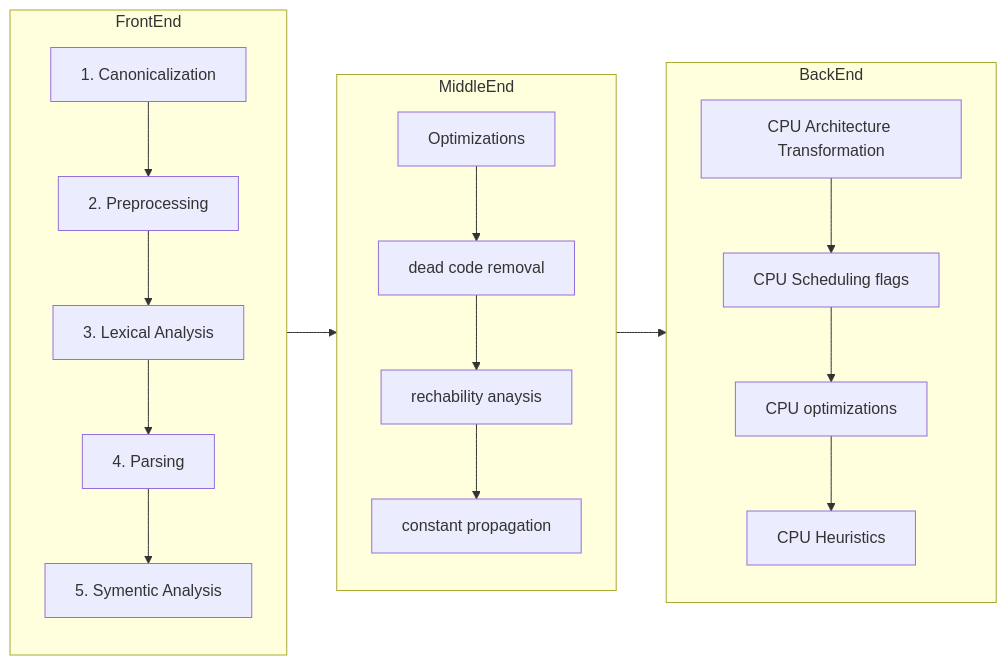
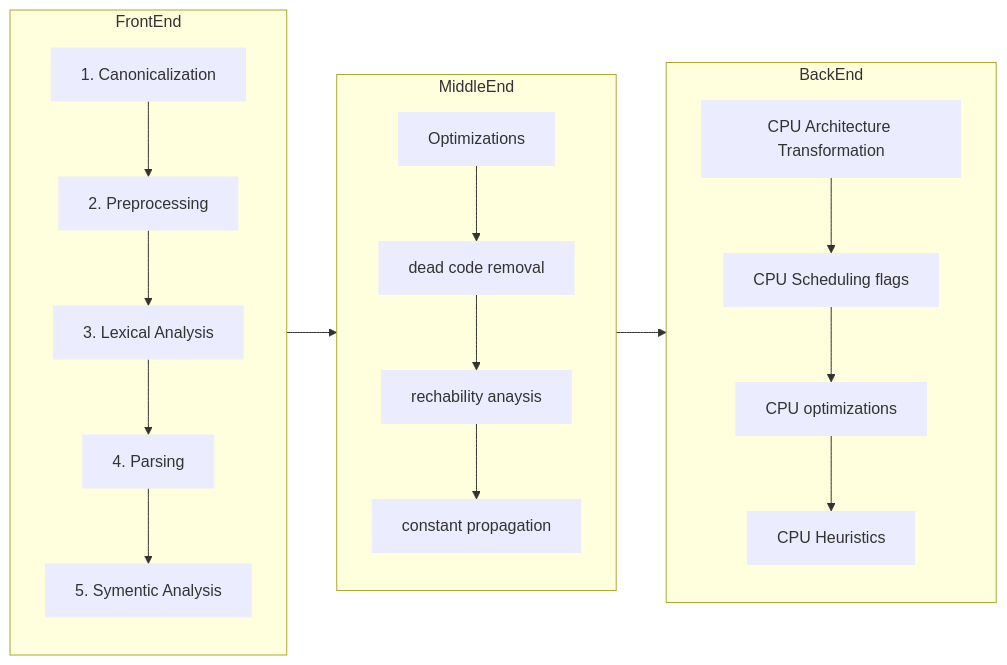
One commit to avimehenwal/python.avimehenwal changed the ninth of 10 diagrams in docs/Tutorials/07_compiler.md. Above: the diagram before and after it, drawn with Mermaid. The commit also changed other lines of this file and 14 other files, not shown here.

````diff
--- a/docs/Tutorials/07_compiler.md
+++ b/docs/Tutorials/07_compiler.md
@@ -315,17 +321,18 @@
 ```mermaid
 flowchart LR
   subgraph FrontEnd
     f1[1. Canonicalization] --> f2[2. Preprocessing] --> f3[3. Lexical Analysis] --> f4[4. Parsing] --> f5[5. Symentic Analysis]
   end
 
   subgraph MiddleEnd
     Optimizations --> b1[dead code removal] --> b2[rechability anaysis] --> b3[constant propagation]
   end
 
   subgraph BackEnd
     c1[CPU Architecture Transformation] --> c2[CPU Scheduling flags] --> c3[CPU optimizations] --> c4[CPU Heuristics]
   end
 
 FrontEnd --> MiddleEnd
 MiddleEnd --> BackEnd
+classDef default stroke-width:0px;
 ```
````
